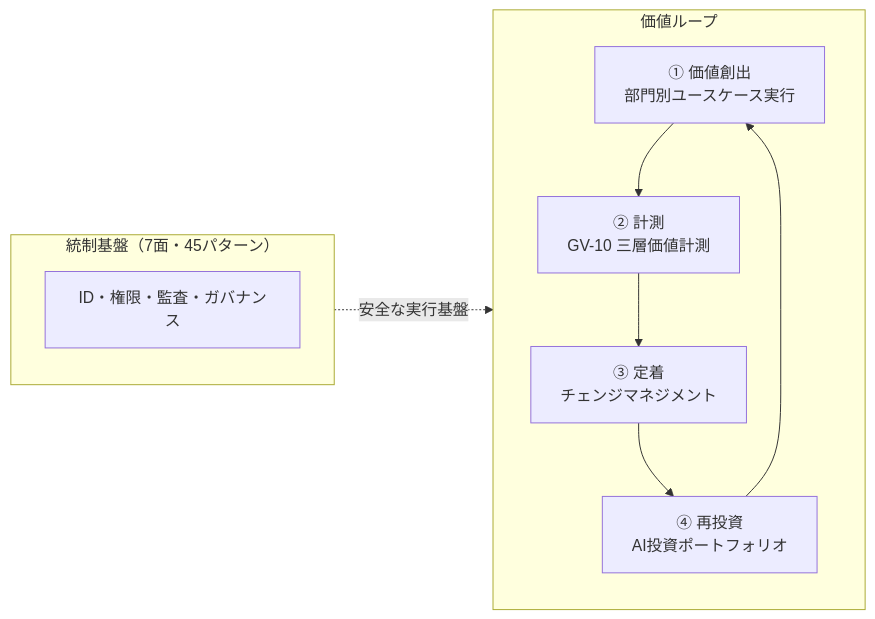
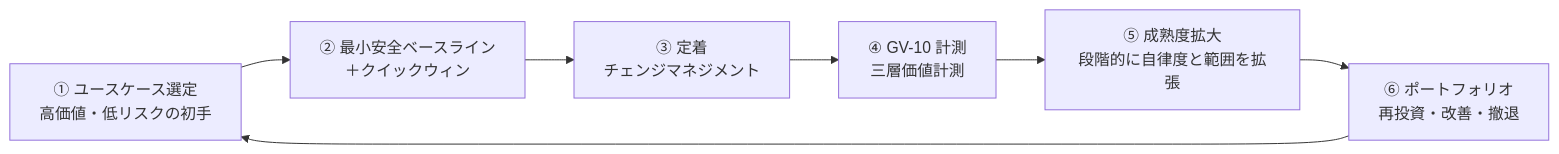
Before and after one commit to shibuiwilliam/enterprise-agent-reference-architectures: the diagram in docs/index.md, drawn with Mermaid. The commit also changed other lines of this file and 182 other files, not shown here.

````diff
--- a/docs/index.md
+++ b/docs/index.md
@@ -64,20 +64,16 @@
 ```mermaid
 flowchart LR
-    subgraph ValueLoop["価値ループ"]
-        CREATE["① 価値創出<br/>部門別ユースケース実行"]
-        MEASURE["② 計測<br/>GV-10 三層価値計測"]
-        ADOPT["③ 定着<br/>チェンジマネジメント"]
-        REINVEST["④ 再投資<br/>AI投資ポートフォリオ"]
-    end
+    SELECT["① ユースケース選定<br/>高価値・低リスクの初手"]
+    RECIPE["② 最小安全ベースライン<br/>＋クイックウィン"]
+    ADOPT["③ 定着<br/>チェンジマネジメント"]
+    MEASURE["④ GV-10 計測<br/>三層価値計測"]
+    MATURE["⑤ 成熟度拡大<br/>段階的に自律度と範囲を拡張"]
+    PORTFOLIO["⑥ ポートフォリオ<br/>再投資・改善・撤退"]
 
-    CREATE --> MEASURE
-    MEASURE --> ADOPT
-    ADOPT --> REINVEST
-    REINVEST --> CREATE
-
-    subgraph Foundation["統制基盤（7面・45パターン）"]
-        CTRL["ID・権限・監査・ガバナンス"]
-    end
-
-    Foundation -.->|安全な実行基盤| ValueLoop
+    SELECT --> RECIPE
+    RECIPE --> ADOPT
+    ADOPT --> MEASURE
+    MEASURE --> MATURE
+    MATURE --> PORTFOLIO
+    PORTFOLIO --> SELECT
 ```
````
